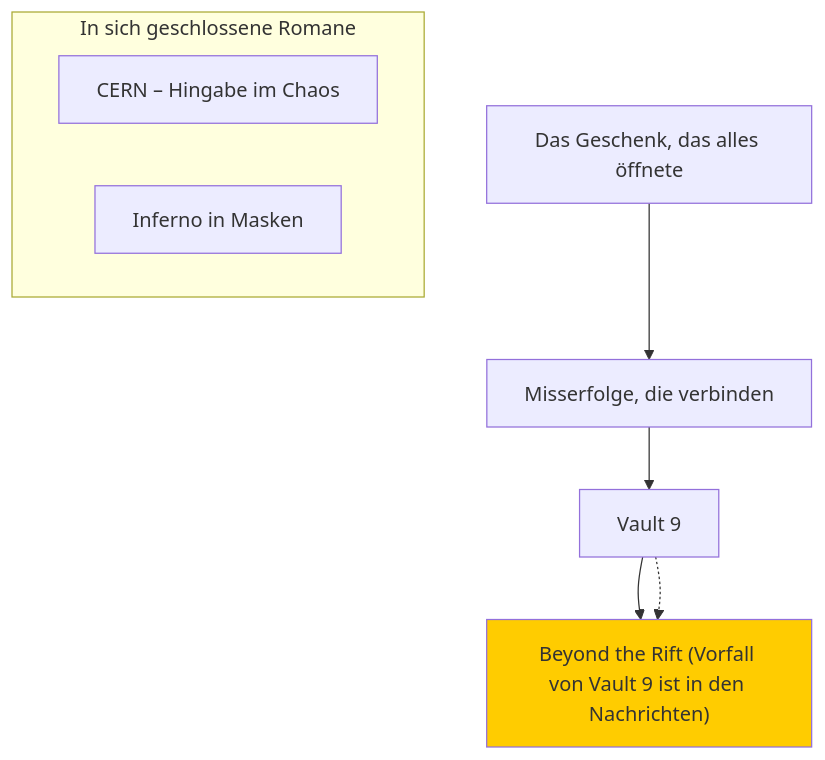
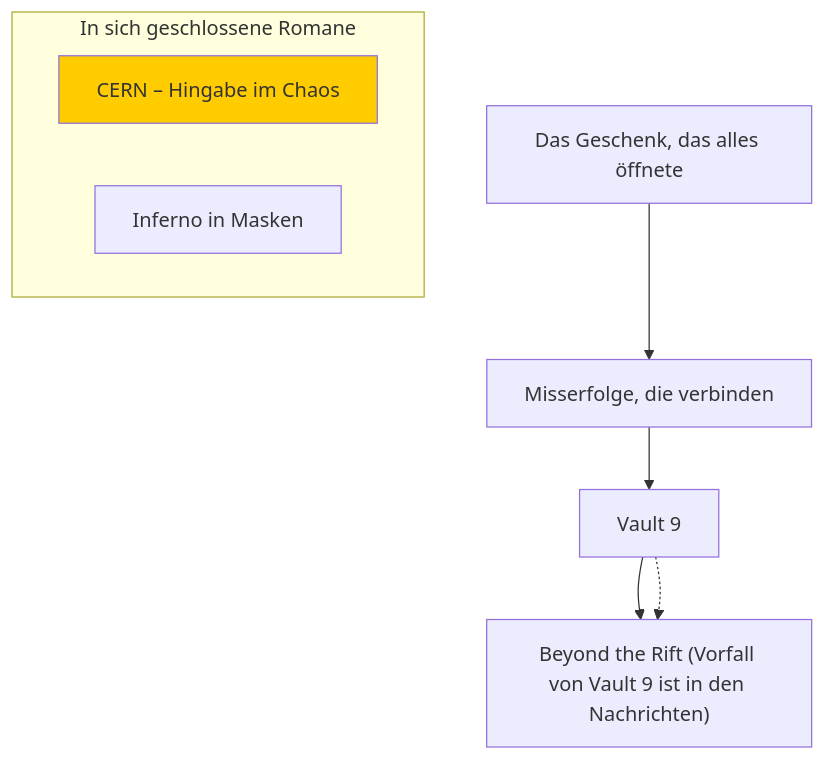
The diagram in README.md (RaphaelOberhummerHTL/Romane), drawn with Mermaid before and after one commit.

Commit message:
Ausbesserung im Grafen

````diff
--- a/README.md
+++ b/README.md
@@ -27,13 +27,13 @@
 ```mermaid
     graph
     A["Das Geschenk, das alles öffnete"] --> B["Misserfolge, die verbinden"]
     B --> C["Vault 9"]
     C --> D["Beyond the Rift"]
     C -.-> D["Beyond the Rift (Vorfall von Vault 9 ist in den Nachrichten)"]
     
     subgraph In sich geschlossene Romane
         E["CERN – Hingabe im Chaos"]
         F["Inferno in Masken"]
     end
-    style D fill:#ffcc00
+    style E fill:#ffcc00
 ```
````
